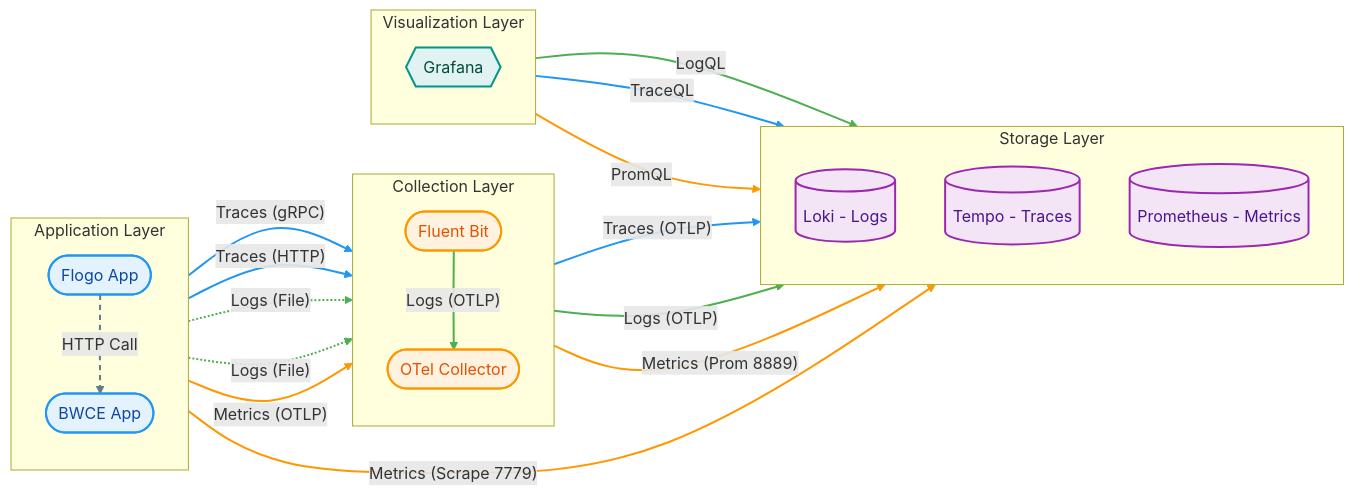
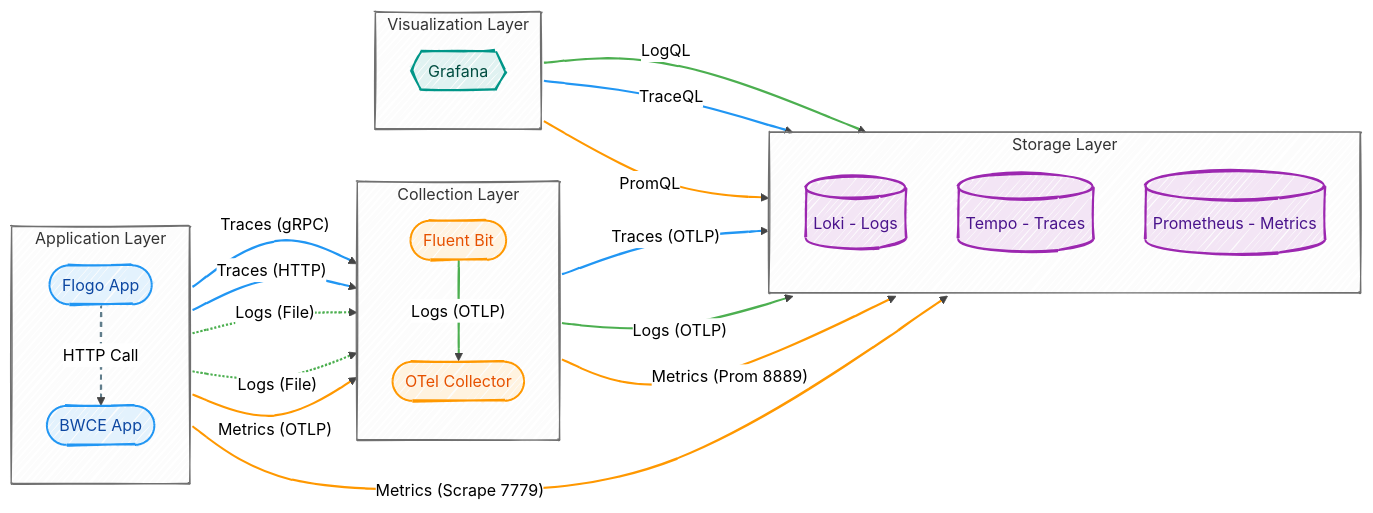
The diagram in README.md (dmassimi/monitoring), drawn with Mermaid before and after one commit.

````diff
--- a/README.md
+++ b/README.md
@@ -45,4 +45,16 @@
 ```mermaid
+%%{init: {
+  'theme': 'base', 
+  'look': 'handDrawn', 
+  'themeVariables': { 
+    'fontFamily': 'Comic Sans MS, cursive',
+    'primaryColor': '#ffffff',
+    'mainBkg': '#ffffff',
+    'lineColor': '#444444'
+  }
+}}%%
+
+%%{init: {'theme': 'neutral'}}%%
 graph LR
     %% --- Modern Pastel Styles ---
     classDef app fill:#e3f2fd,stroke:#2196f3,stroke-width:2px,color:#0d47a1
````
